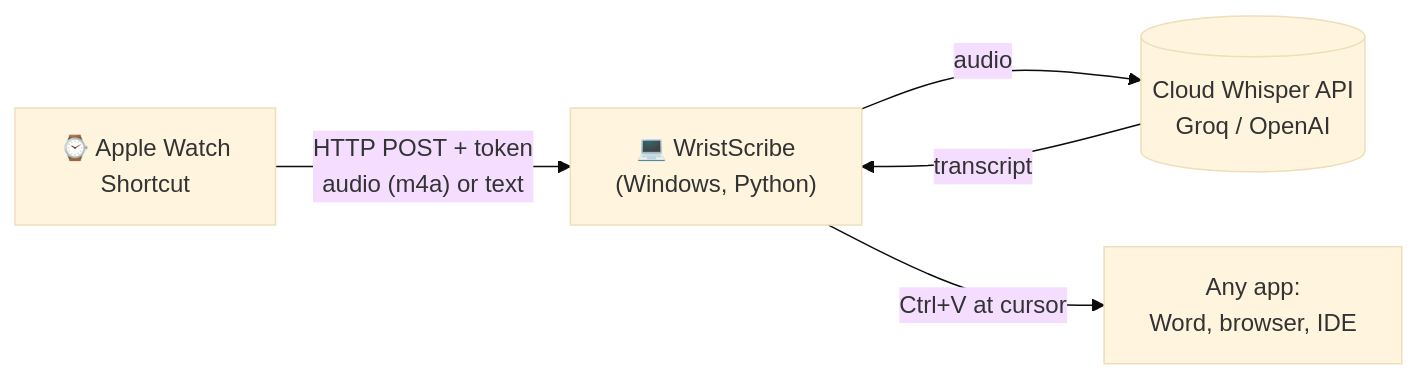
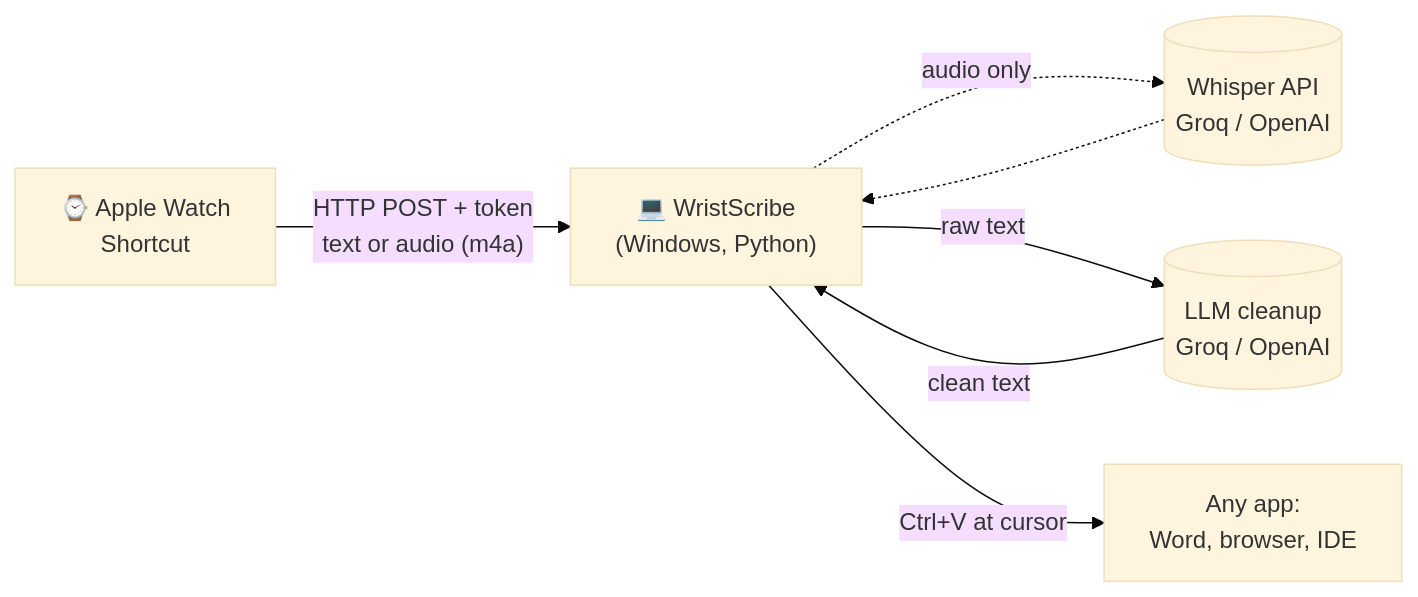
One commit to GodlyP0tat0/Wristscribe changed the diagram in README.md. Above: the diagram before and after it, drawn with Mermaid (base theme). The commit also changed other lines of this file and 14 other files, not shown here.

First line of the commit message:
v0.2: AI cleanup pass and one-step Shortcut A setup

````diff
--- a/README.md
+++ b/README.md
@@ -14,7 +15,9 @@
 ```mermaid
 flowchart LR
-    W["⌚ Apple Watch<br/>Shortcut"] -- "HTTP POST + token<br/>audio (m4a) or text" --> L["💻 WristScribe<br/>(Windows, Python)"]
-    L -- "audio" --> C[("Cloud Whisper API<br/>Groq / OpenAI")]
-    C -- "transcript" --> L
+    W["⌚ Apple Watch<br/>Shortcut"] -- "HTTP POST + token<br/>text or audio (m4a)" --> L["💻 WristScribe<br/>(Windows, Python)"]
+    L -. "audio only" .-> C[("Whisper API<br/>Groq / OpenAI")]
+    C -.-> L
+    L -- "raw text" --> X[("LLM cleanup<br/>Groq / OpenAI")]
+    X -- "clean text" --> L
     L -- "Ctrl+V at cursor" --> A["Any app:<br/>Word, browser, IDE"]
 ```
````
